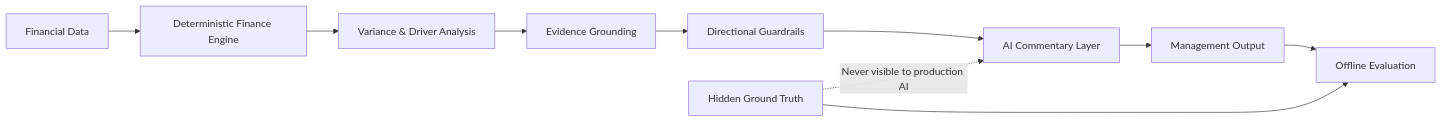
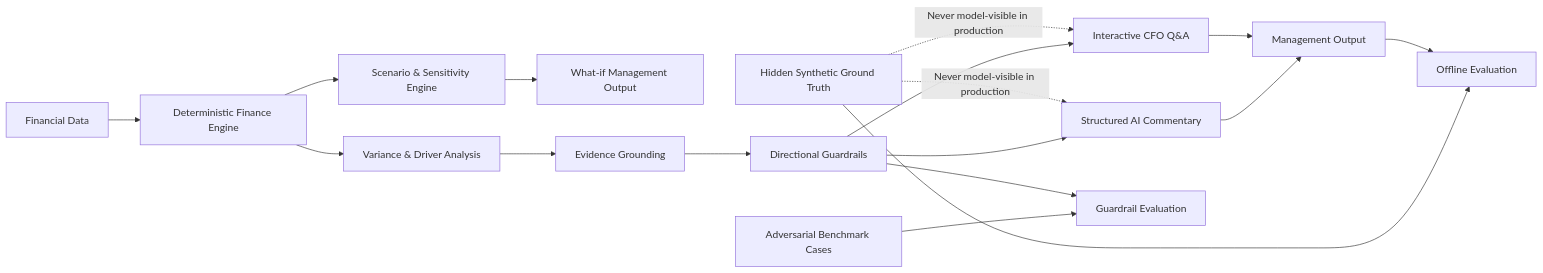
Before and after one commit to AndreasOftedal/CFO-Intelligence-Copilot: the diagram in README.md, drawn with Mermaid. The commit also changed other lines of this file and 1 other file, not shown here.

````diff
--- a/README.md
+++ b/README.md
@@ -138,15 +212,27 @@
 ```mermaid
 flowchart LR
 
     A[Financial Data] --> B[Deterministic Finance Engine]
     B --> C[Variance & Driver Analysis]
+
+    B --> S[Scenario & Sensitivity Engine]
+    S --> T[What-if Management Output]
+
     C --> D[Evidence Grounding]
     D --> E[Directional Guardrails]
-    E --> F[AI Commentary Layer]
+
+    E --> F[Structured AI Commentary]
+    E --> Q[Interactive CFO Q&A]
+
     F --> G[Management Output]
+    Q --> G
 
-    H[Hidden Ground Truth] --> I[Offline Evaluation]
+    H[Hidden Synthetic Ground Truth] --> I[Offline Evaluation]
     G --> I
 
-    H -. Never visible to production AI .-> F
+    J[Adversarial Benchmark Cases] --> K[Guardrail Evaluation]
+    E --> K
+
+    H -. Never model-visible in production .-> F
+    H -. Never model-visible in production .-> Q
 ```
````
